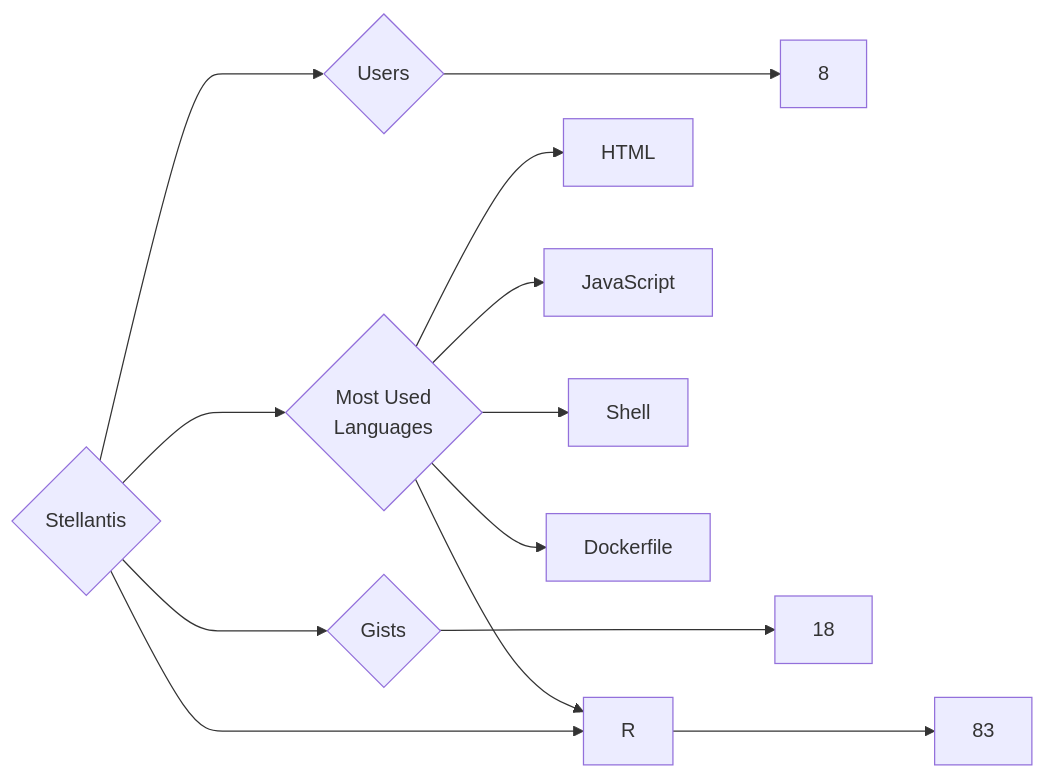
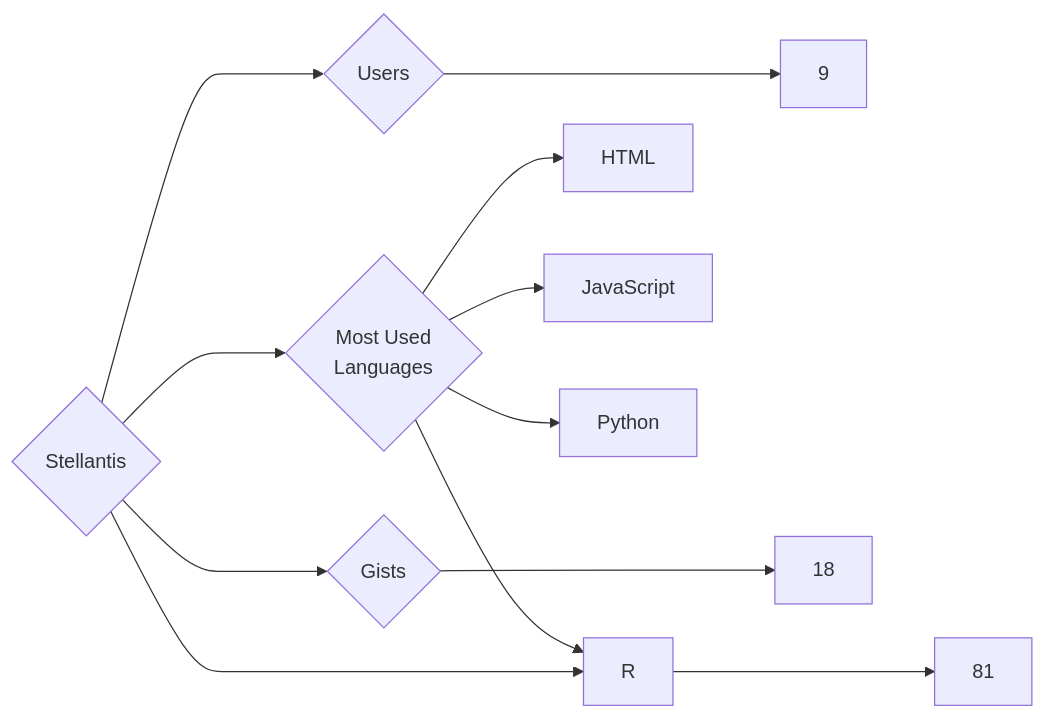
The diagram in targets/Stellantis/README.md (trickest/insiders), drawn with Mermaid before and after one commit. The commit also changed 1496 other files, not shown here.

````diff
--- a/targets/Stellantis/README.md
+++ b/targets/Stellantis/README.md
@@ -3,13 +3,12 @@
 ```mermaid
 graph LR
 COMPANY_NAME{Stellantis}
-COMPANY_NAME ---> U{Users} ---> UN[8]
-COMPANY_NAME ---> R{Repositories} ---> RN[83]
+COMPANY_NAME ---> U{Users} ---> UN[9]
+COMPANY_NAME ---> R{Repositories} ---> RN[81]
 COMPANY_NAME ---> G{Gists} ---> GN[18]
 COMPANY_NAME ---> ML{Most Used<br>Languages}
 ML --> HTML[HTML]
 ML --> JavaScript[JavaScript]
 ML --> R[R]
-ML --> Shell[Shell]
-ML --> Dockerfile[Dockerfile]
+ML --> Python[Python]
 ```
````
